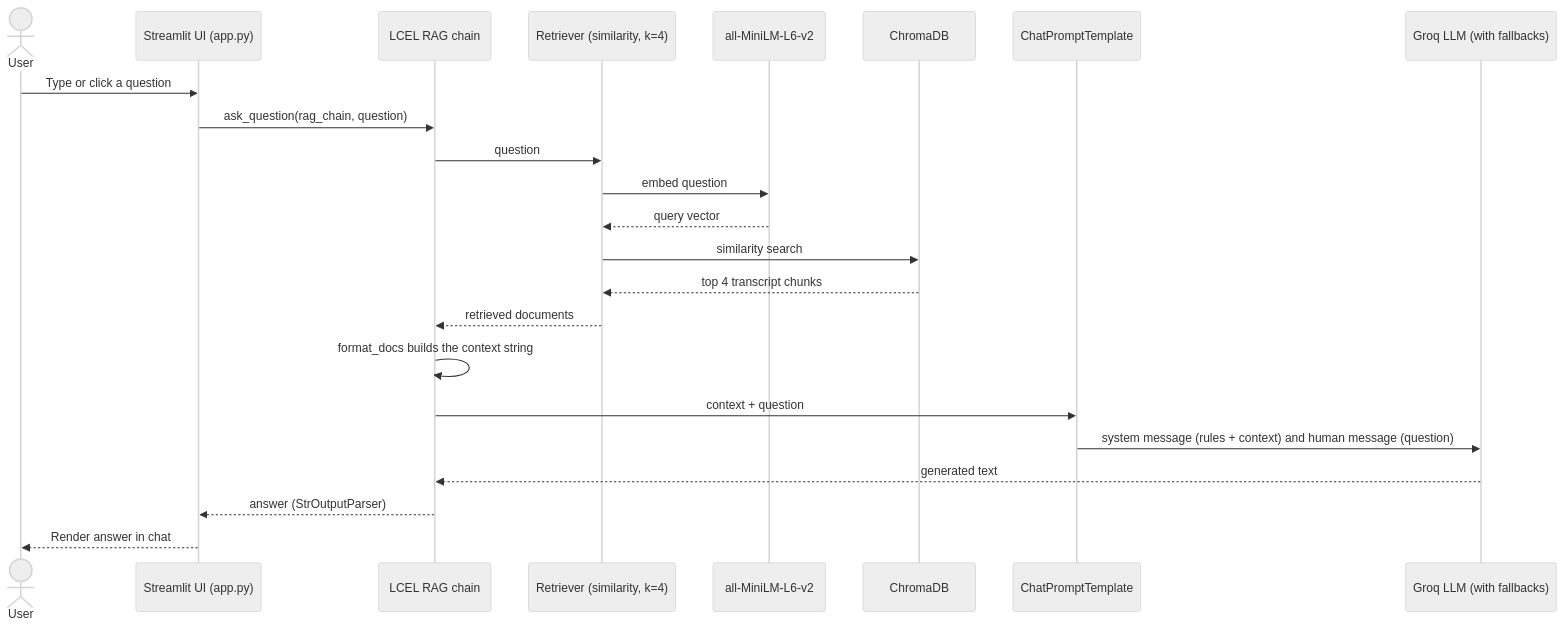
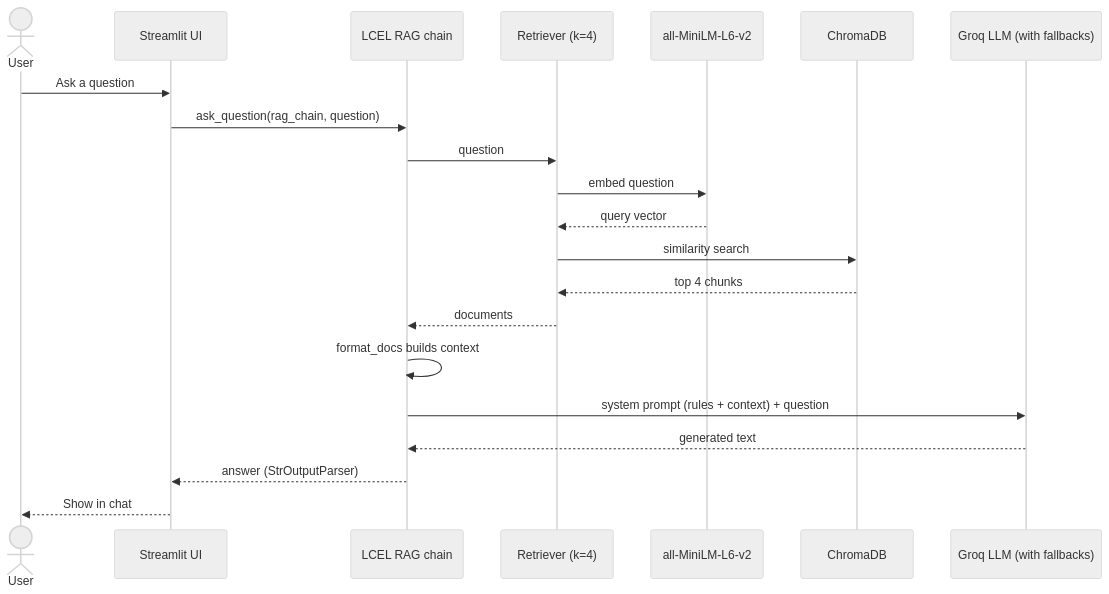
The third of 3 diagrams in Readme.md (naveenkumar-analytics/AI-Video-Assistant), drawn with Mermaid (neutral theme) before and after one commit. The commit also changed other lines of this file, not shown here.

````diff
--- a/Readme.md
+++ b/Readme.md
@@ -255,26 +128,23 @@
 ```mermaid
 sequenceDiagram
     actor U as User
-    participant UI as Streamlit UI (app.py)
+    participant UI as Streamlit UI
     participant CH as LCEL RAG chain
-    participant RT as Retriever (similarity, k=4)
+    participant RT as Retriever (k=4)
     participant EM as all-MiniLM-L6-v2
     participant DB as ChromaDB
-    participant PR as ChatPromptTemplate
     participant LLM as Groq LLM (with fallbacks)
-
-    U->>UI: Type or click a question
+    U->>UI: Ask a question
     UI->>CH: ask_question(rag_chain, question)
     CH->>RT: question
     RT->>EM: embed question
     EM-->>RT: query vector
     RT->>DB: similarity search
-    DB-->>RT: top 4 transcript chunks
-    RT-->>CH: retrieved documents
-    CH->>CH: format_docs builds the context string
-    CH->>PR: context + question
-    PR->>LLM: system message (rules + context) and human message (question)
+    DB-->>RT: top 4 chunks
+    RT-->>CH: documents
+    CH->>CH: format_docs builds context
+    CH->>LLM: system prompt (rules + context) + question
     LLM-->>CH: generated text
     CH-->>UI: answer (StrOutputParser)
-    UI-->>U: Render answer in chat
+    UI-->>U: Show in chat
 ```
````
